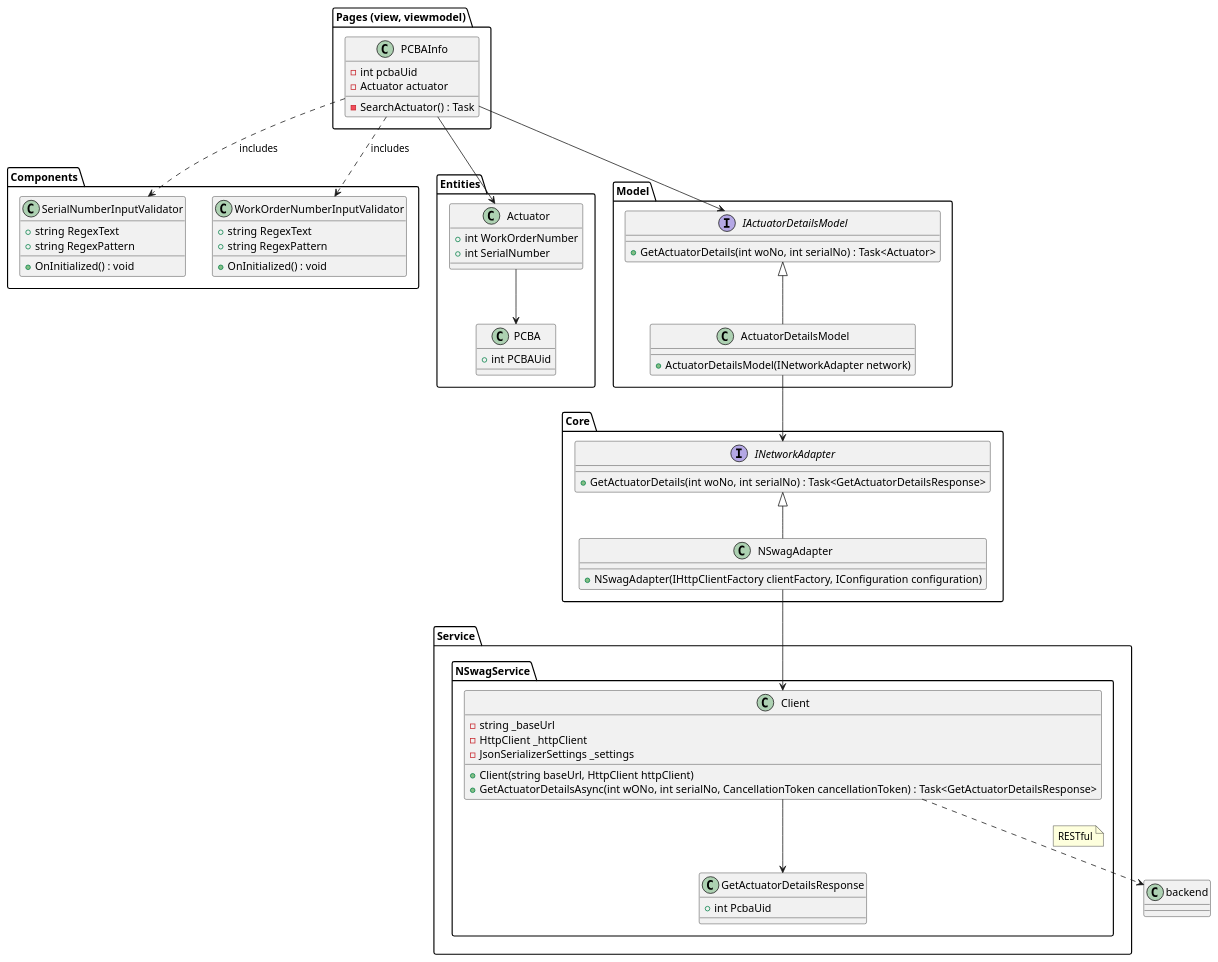
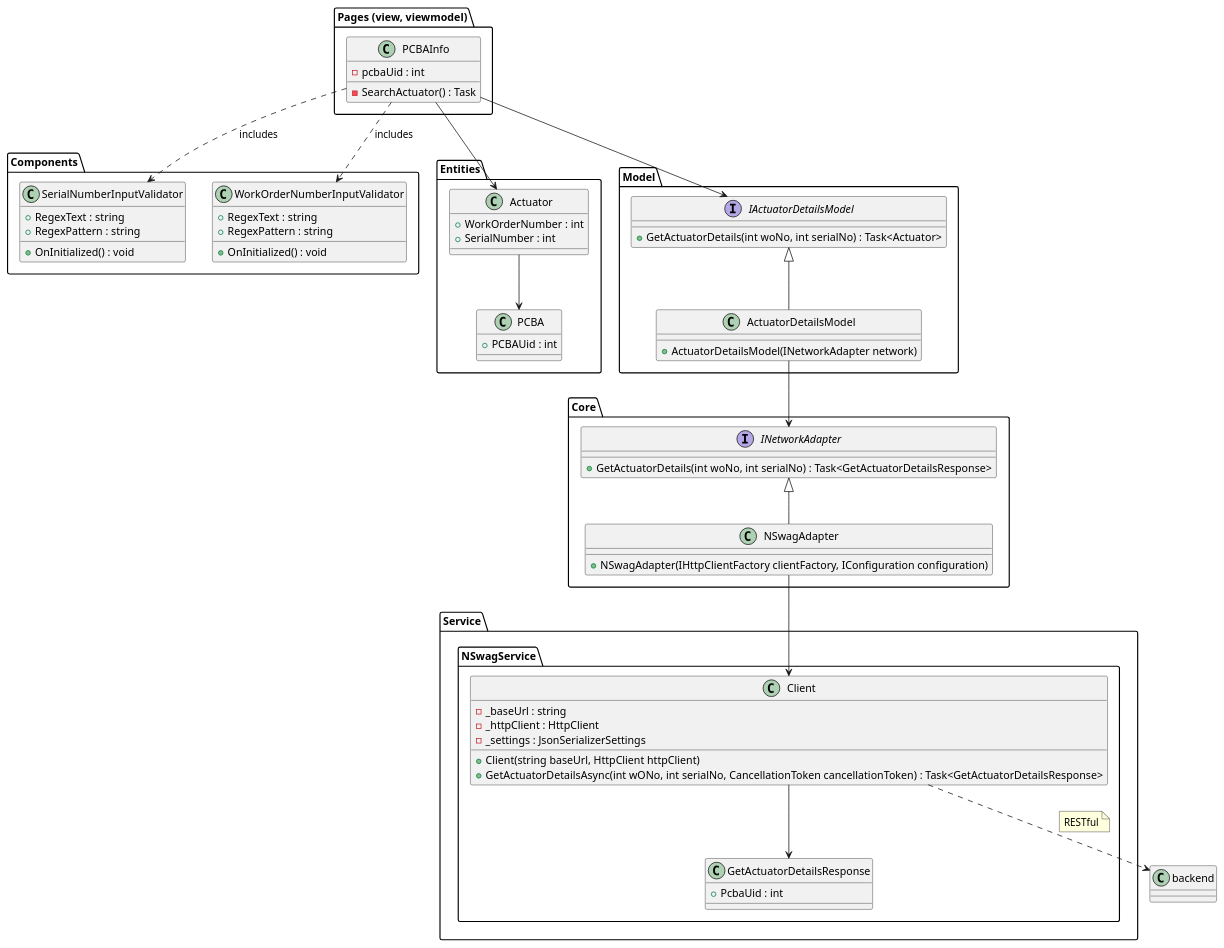
Before and after one commit to BastianVIA/BPR: the diagram in Docs/FrontendClassdiagram.puml, drawn with PlantUML.

Commit message:
feat(1):  Update frontend class diagram

```diff
--- a/Docs/FrontendClassdiagram.puml
+++ b/Docs/FrontendClassdiagram.puml
@@ -1,91 +1,90 @@
 @startuml
 
 package "Pages (view, viewmodel)"{
     class PCBAInfo{
-        -int pcbaUid
-        -Actuator actuator
+        -pcbaUid : int
         -SearchActuator() : Task
     }
 }
 
 package "Components"{
     class SerialNumberInputValidator{
-        +string RegexText
-        +string RegexPattern
+        +RegexText : string
+        +RegexPattern : string
         +OnInitialized() : void
     }
     
     class WorkOrderNumberInputValidator{
-        +string RegexText
-        +string RegexPattern
+        +RegexText : string
+        +RegexPattern : string
         +OnInitialized() : void
     }
 }
 
 package "Entities"{
     class Actuator{
-        +int WorkOrderNumber
-        +int SerialNumber
+        +WorkOrderNumber : int
+        +SerialNumber : int
     }
     
     class PCBA{
-    +int PCBAUid
+    +PCBAUid : int
     }
     
     Actuator --> PCBA
 }
 
 package "Model"{
     interface IActuatorDetailsModel{
         +GetActuatorDetails(int woNo, int serialNo) : Task<Actuator>
     }
     
     class ActuatorDetailsModel{
         +ActuatorDetailsModel(INetworkAdapter network)
     }
     
     IActuatorDetailsModel <|-- ActuatorDetailsModel
 }
 
 package "Core"{
     interface INetworkAdapter{
         +GetActuatorDetails(int woNo, int serialNo) : Task<GetActuatorDetailsResponse>
     }
     
     class NSwagAdapter{
         +NSwagAdapter(IHttpClientFactory clientFactory, IConfiguration configuration)
     }
     
     INetworkAdapter <|-- NSwagAdapter
 }
 
 package "Service"{
     package "NSwagService"{
         class Client{
-            -string _baseUrl
-            -HttpClient _httpClient
-            -JsonSerializerSettings _settings      
+            -_baseUrl : string
+            -_httpClient : HttpClient
+            -_settings : JsonSerializerSettings      
             +Client(string baseUrl, HttpClient httpClient) 
             +GetActuatorDetailsAsync(int wONo, int serialNo, CancellationToken cancellationToken) : Task<GetActuatorDetailsResponse>
         }
         
         class GetActuatorDetailsResponse{
-         +int PcbaUid
+         +PcbaUid : int
         }
         
         Client --> GetActuatorDetailsResponse
     }
 }
 
 PCBAInfo --> Actuator
 PCBAInfo --> IActuatorDetailsModel
 PCBAInfo ..> SerialNumberInputValidator : includes
 PCBAInfo ..> WorkOrderNumberInputValidator : includes
 ActuatorDetailsModel --> INetworkAdapter
 NSwagAdapter --> Client
 Client ..> backend
 note right on link
     RESTful
 end note
 
 @enduml
```
